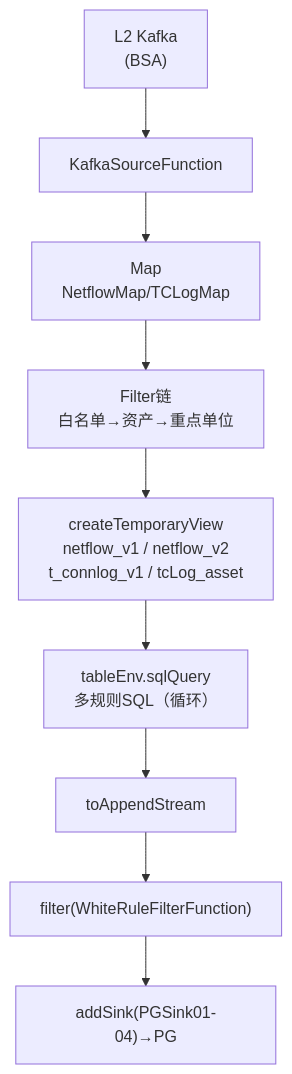
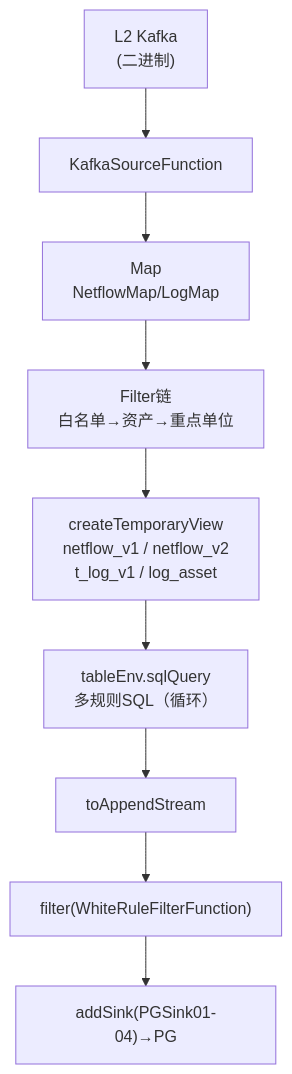
Before and after one commit to zhubaoxiang/wiki: the third of 3 diagrams in flink/flink-data-skew-analysis.md, drawn with Mermaid. The commit also changed other lines of this file and 1 other file, not shown here.

````diff
--- a/flink/flink-data-skew-analysis.md
+++ b/flink/flink-data-skew-analysis.md
@@ -117,11 +117,11 @@
 ```mermaid
 graph TB
-    A["L2 Kafka<br/>(BSA)"] --> B["KafkaSourceFunction"]
-    B --> C["Map<br/>NetflowMap/TCLogMap"]
+    A["L2 Kafka<br/>(二进制)"] --> B["KafkaSourceFunction"]
+    B --> C["Map<br/>NetflowMap/LogMap"]
     C --> D["Filter链<br/>白名单→资产→重点单位"]
-    D --> E["createTemporaryView<br/>netflow_v1 / netflow_v2<br/>t_connlog_v1 / tcLog_asset"]
+    D --> E["createTemporaryView<br/>netflow_v1 / netflow_v2<br/>t_log_v1 / log_asset"]
     E --> F["tableEnv.sqlQuery<br/>多规则SQL（循环）"]
     F --> G["toAppendStream"]
     G --> H["filter(WhiteRuleFilterFunction)"]
     H --> I["addSink(PGSink01-04)→PG"]
 ```
````
